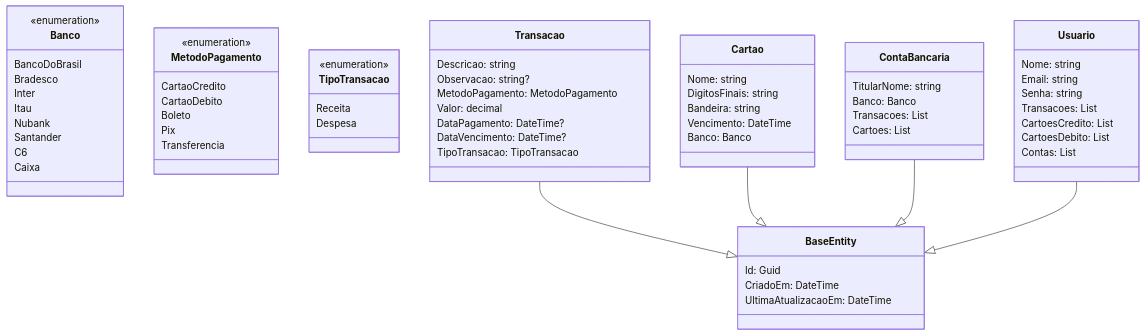
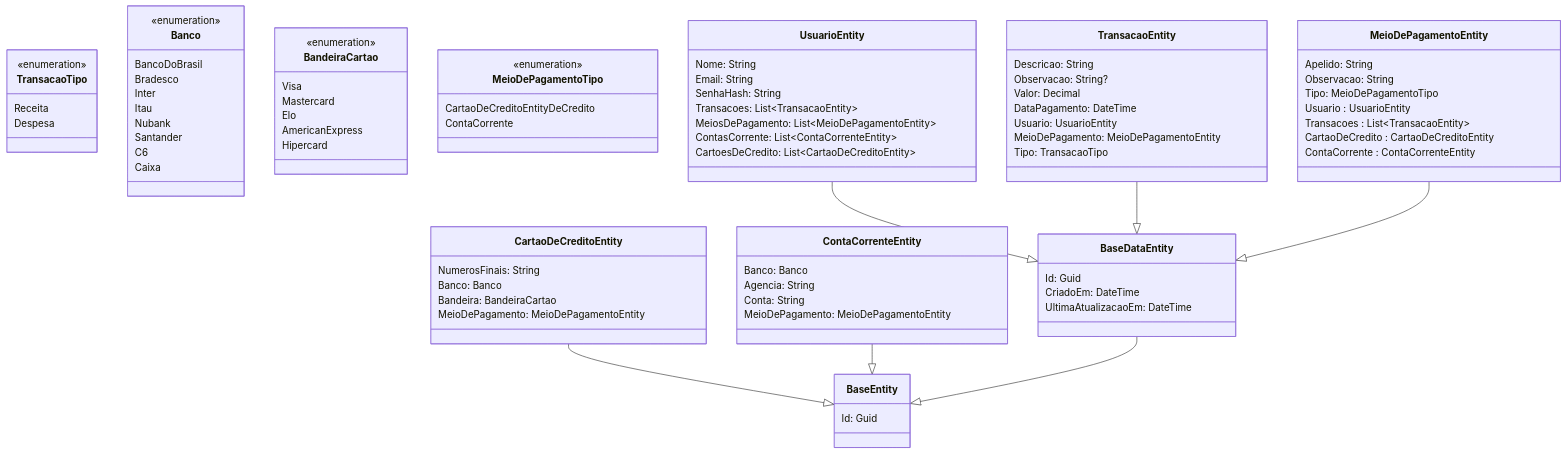
The diagram in README.md (gbLw1/MyCoreBanking), drawn with Mermaid before and after one commit. The commit also changed other lines of this file and 14 other files, not shown here.

Commit message:
feat: add transacao tipo

````diff
--- a/README.md
+++ b/README.md
@@ -5,5 +7,11 @@
 ```mermaid
 classDiagram
+
+class TransacaoTipo{
+    <<enumeration>>
+    Receita
+    Despesa
+}
 
 class Banco{
     <<enumeration>>
@@ -17,65 +25,84 @@
     Caixa
 }
 
-class MetodoPagamento{
+class BandeiraCartao{
     <<enumeration>>
-    CartaoCredito
-    CartaoDebito
-    Boleto
-    Pix
-    Transferencia
+    Visa
+    Mastercard
+    Elo
+    AmericanExpress
+    Hipercard
 }
 
-class TipoTransacao{
+class MeioDePagamentoTipo{
     <<enumeration>>
-    Receita
-    Despesa
+    CartaoDeCreditoEntityDeCredito
+    ContaCorrente
 }
 
 class BaseEntity{
+    Id: Guid
+}
+
+class BaseDataEntity{
     Id: Guid
     CriadoEm: DateTime
     UltimaAtualizacaoEm: DateTime
 }
 
-class Transacao{
-    Descricao: string
-    Observacao: string?
-    MetodoPagamento: MetodoPagamento
-    Valor: decimal
-    DataPagamento: DateTime?
-    DataVencimento: DateTime?
-    TipoTransacao: TipoTransacao
+class UsuarioEntity{
+    Nome: String
+    Email: String
+    SenhaHash: String
+    Transacoes: List~TransacaoEntity~
+    MeiosDePagamento: List~MeioDePagamentoEntity~
+    ContasCorrente: List~ContaCorrenteEntity~
+    CartoesDeCredito: List~CartaoDeCreditoEntity~
 }
 
-class Cartao{
-    Nome: string
-    DigitosFinais: string
-    Bandeira: string
-    Vencimento: DateTime
-    Banco: Banco
+class MeioDePagamentoEntity{
+    Apelido: String
+    Observacao: String
+    Tipo: MeioDePagamentoTipo
+    Usuario : UsuarioEntity
+    Transacoes : List~TransacaoEntity~
+    CartaoDeCredito : CartaoDeCreditoEntity
+    ContaCorrente : ContaCorrenteEntity
 }
 
-class ContaBancaria{
-    TitularNome: string
-    Banco: Banco
-    Transacoes: List<Transacao>
-    Cartoes: List<Cartao>
+class TransacaoEntity{
+    Descricao: String
+    Observacao: String?
+    Valor: Decimal
+    DataPagamento: DateTime
+    Usuario: UsuarioEntity
+    MeioDePagamento: MeioDePagamentoEntity
+    Tipo: TransacaoTipo
 }
 
-class Usuario{
-    Nome: string
-    Email: string
-    Senha: string
-    Transacoes: List<Transacao>
-    CartoesCredito: List<CartaoCredito>
-    CartoesDebito: List<CartaoDebito>
-    Contas: List<ContaBancaria>
+class CartaoDeCreditoEntity{
+    NumerosFinais: String
+    Banco: Banco
+    Bandeira: BandeiraCartao
+    MeioDePagamento: MeioDePagamentoEntity
 }
 
+class ContaCorrenteEntity{
+    Banco: Banco
+    Agencia: String
+    Conta: String
+    MeioDePagamento: MeioDePagamentoEntity
+}
+
+
+
+
+
 %% Relacionamentos:
-Transacao --|> BaseEntity
-Cartao --|> BaseEntity
-ContaBancaria --|> BaseEntity
-Usuario --|> BaseEntity
+UsuarioEntity --|> BaseDataEntity
+TransacaoEntity --|> BaseDataEntity
+MeioDePagamentoEntity --|> BaseDataEntity
+CartaoDeCreditoEntity --|> BaseEntity
+ContaCorrenteEntity --|> BaseEntity
+BaseDataEntity --|> BaseEntity
 ```
````
